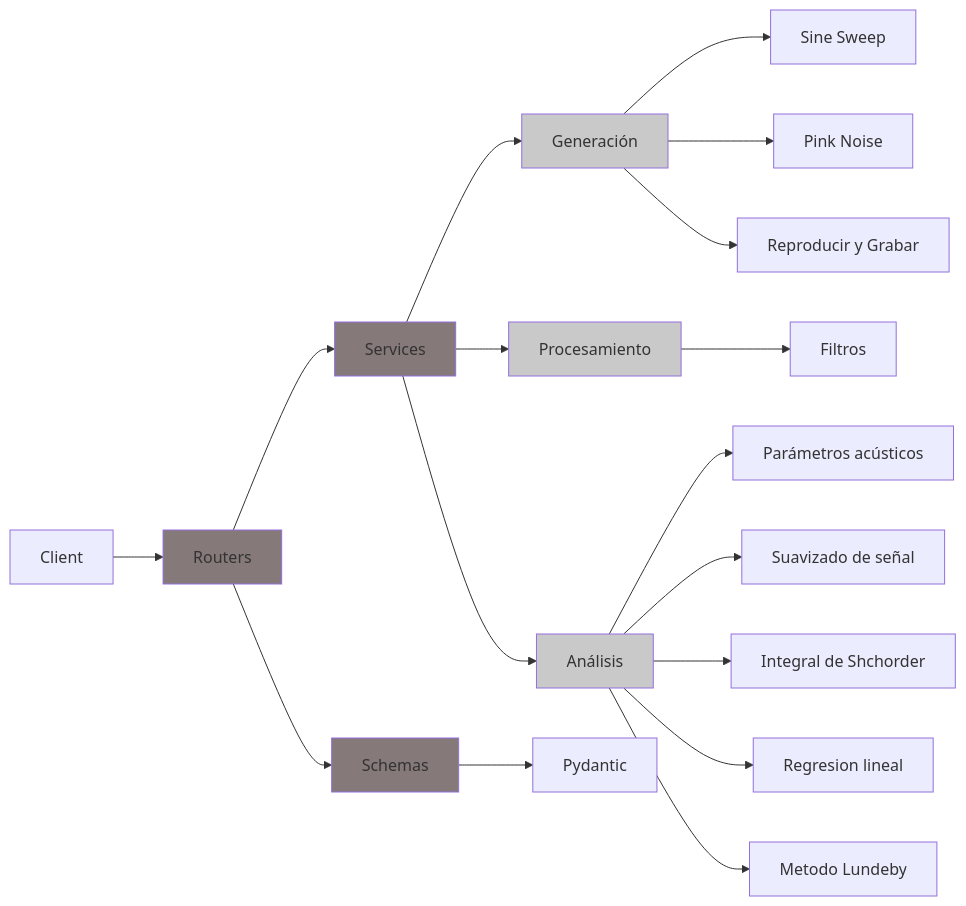
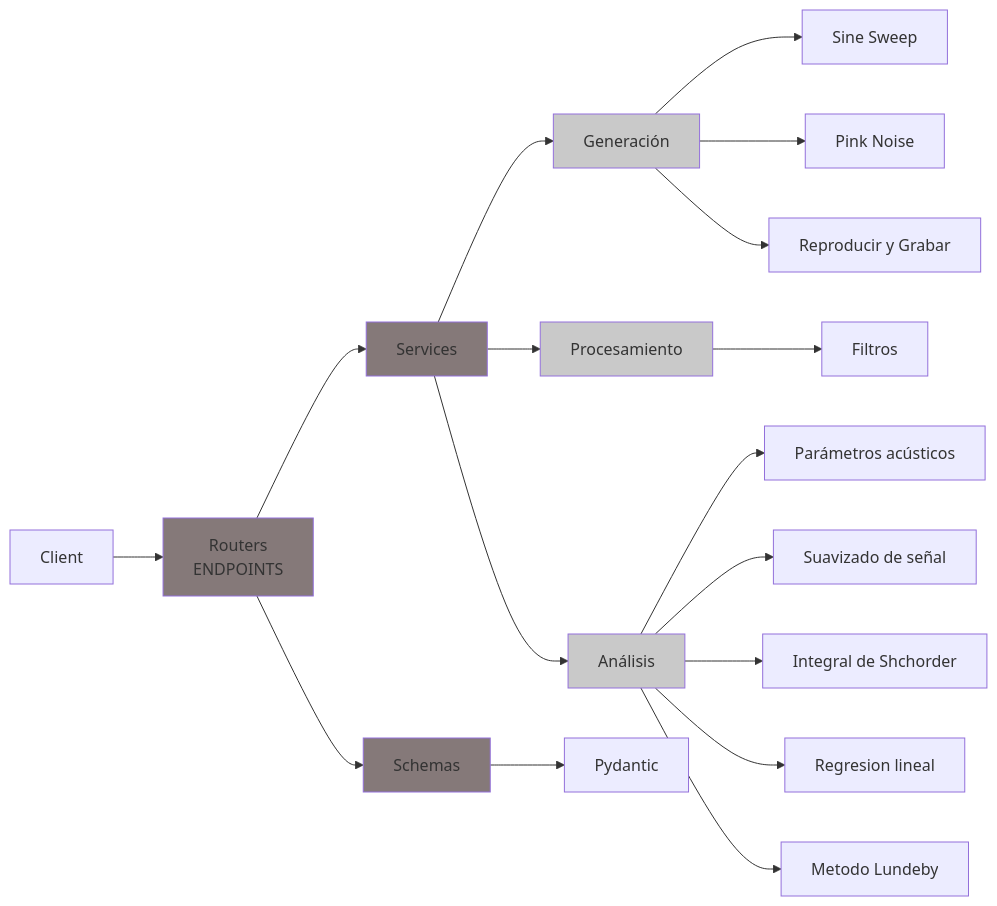
One commit to valentinadepiero/trabajo-practico-ss changed the diagram in README.md. Above: the diagram before and after it, drawn with Mermaid.

````diff
--- a/README.md
+++ b/README.md
@@ -60,29 +60,29 @@
 ```mermaid
 graph LR
-Client --> R[Routers]
+Client --> R[Routers<br>ENDPOINTS]
 R --> S[Services]
 S --> Gen[Generación]
 Gen --> SS[Sine Sweep]
 Gen --> PN[Pink Noise]
 Gen --> Rec[Reproducir y Grabar]
 S --> Proc[Procesamiento]
 Proc --> F[Filtros]
 S --> An[Análisis]
 An --> Par[Parámetros acústicos]
 An -->Sua[Suavizado de señal]
 An -->InS[Integral de Shchorder]
 An -->Reg[Regresion lineal]
 An -->Mlun[Metodo Lundeby]
 R --> Sch[Schemas]
 Sch -->Pydantic
 
 style S fill: #857979
 style Sch fill: #857979
 style R fill: #857979
 style Gen fill: #c9c9c9
 style Proc fill: #c9c9c9
 style An fill: #c9c9c9
 style Par fill: #turquoise
 
 
 ```
````
